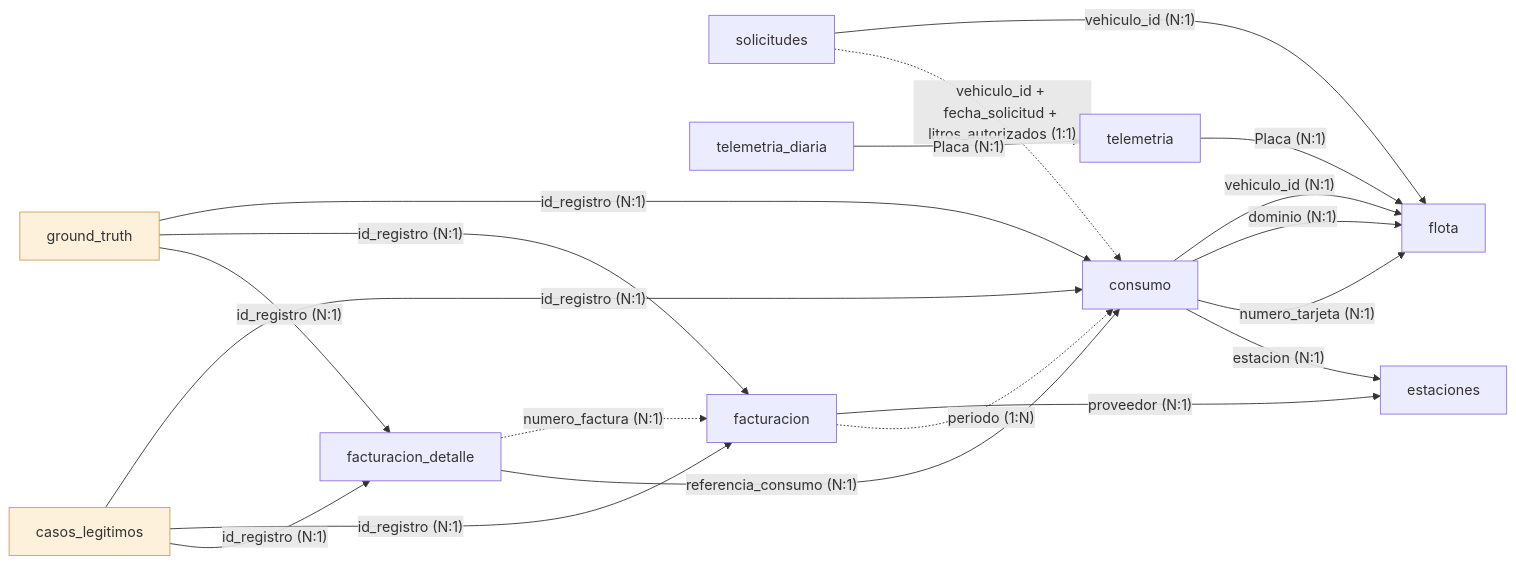
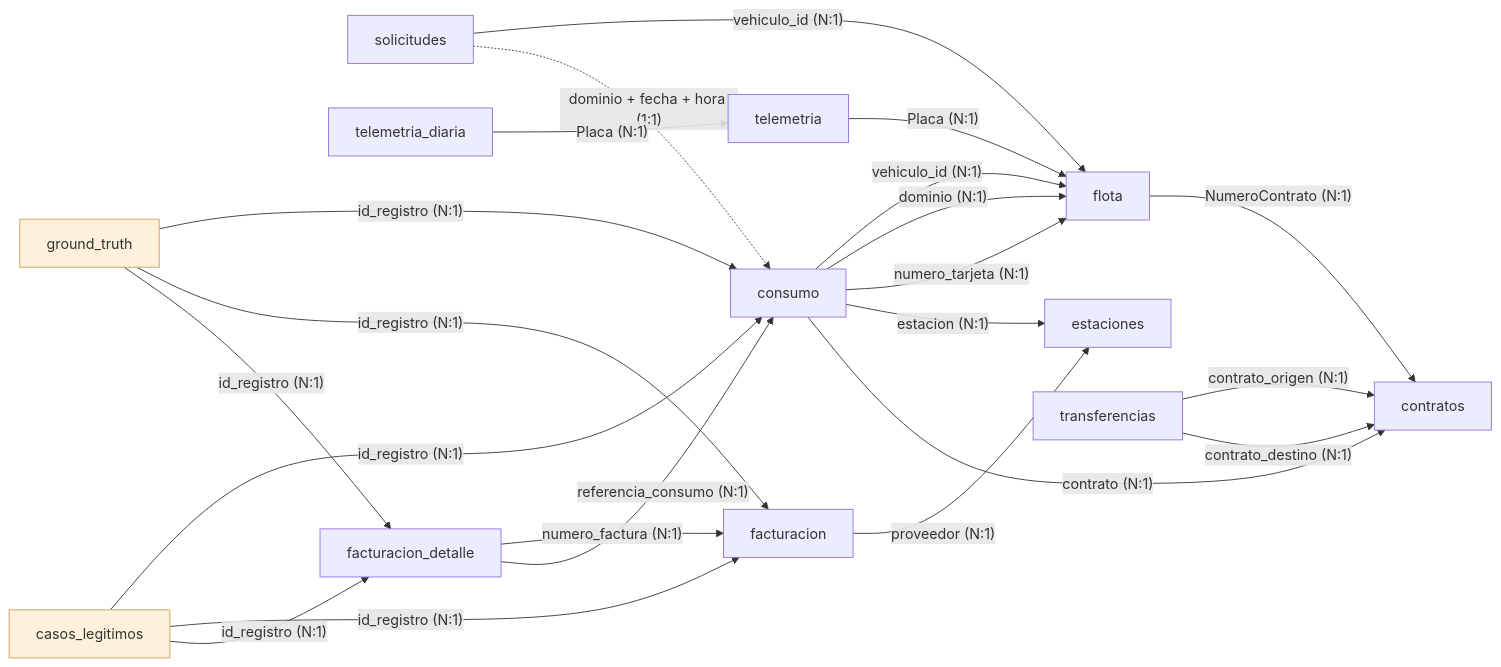
The diagram in docs/DICCIONARIO_DATOS.md (Millocba/practicaprof), drawn with Mermaid before and after one commit. The commit also changed other lines of this file and 10 other files, not shown here.

````diff
--- a/docs/DICCIONARIO_DATOS.md
+++ b/docs/DICCIONARIO_DATOS.md
@@ -34,23 +34,26 @@
 ```mermaid
 flowchart LR
   consumo -->|"vehiculo_id (N:1)"| flota
   consumo -->|"dominio (N:1)"| flota
   consumo -->|"numero_tarjeta (N:1)"| flota
   consumo -->|"estacion (N:1)"| estaciones
+  consumo -->|"contrato (N:1)"| contratos
+  flota -->|"NumeroContrato (N:1)"| contratos
+  transferencias -->|"contrato_origen (N:1)"| contratos
+  transferencias -->|"contrato_destino (N:1)"| contratos
   solicitudes -->|"vehiculo_id (N:1)"| flota
-  solicitudes -.->|"vehiculo_id + fecha_solicitud + litros_autorizados (1:1)"| consumo
+  solicitudes -.->|"dominio + fecha + hora (1:1)"| consumo
   telemetria -->|"Placa (N:1)"| flota
   telemetria_diaria -->|"Placa (N:1)"| telemetria
   facturacion -->|"proveedor (N:1)"| estaciones
-  facturacion_detalle -.->|"numero_factura (N:1)"| facturacion
+  facturacion_detalle -->|"numero_factura (N:1)"| facturacion
   facturacion_detalle -->|"referencia_consumo (N:1)"| consumo
   ground_truth -->|"id_registro (N:1)"| consumo
   ground_truth -->|"id_registro (N:1)"| facturacion
   ground_truth -->|"id_registro (N:1)"| facturacion_detalle
   casos_legitimos -->|"id_registro (N:1)"| consumo
   casos_legitimos -->|"id_registro (N:1)"| facturacion
   casos_legitimos -->|"id_registro (N:1)"| facturacion_detalle
-  facturacion -.->|"periodo (1:N)"| consumo
   classDef evaluacion fill:#fdf1dc,stroke:#c9a15a
   class ground_truth,casos_legitimos evaluacion
 ```
````
